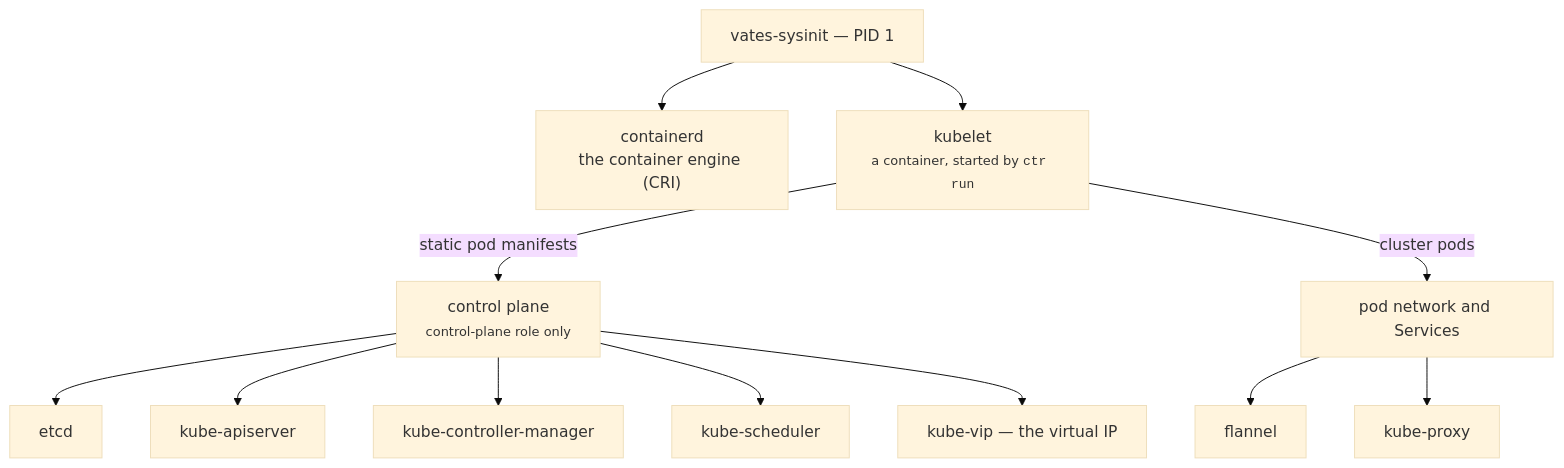
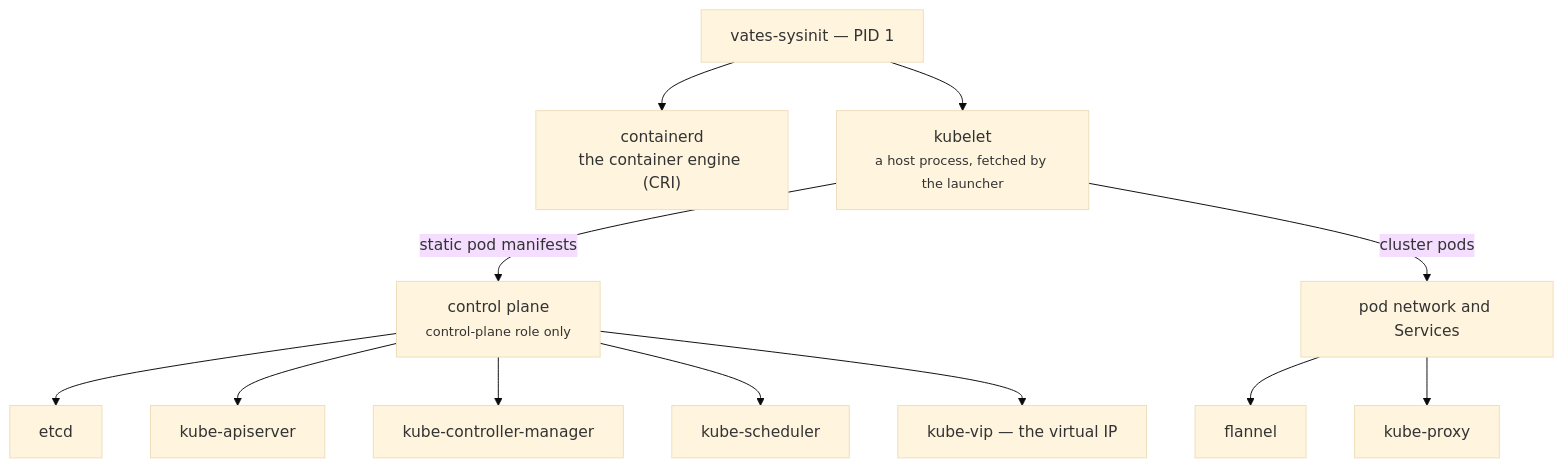
The second of 3 diagrams in docs/ARCHITECTURE.md (littlejo/vates-kube-os), drawn with Mermaid (base theme) before and after one commit. The commit also changed other lines of this file and 22 other files, not shown here.

First line of the commit message:
refactor(kubelet): run the kubelet as a host process

````diff
--- a/docs/ARCHITECTURE.md
+++ b/docs/ARCHITECTURE.md
@@ -51,19 +52,19 @@
 ```mermaid
 flowchart TD
     pid1["vates-sysinit — PID 1"]
 
     pid1 --> containerd["containerd<br/>the container engine (CRI)"]
-    pid1 --> kubelet["kubelet<br/><small>a container, started by <code>ctr run</code></small>"]
+    pid1 --> kubelet["kubelet<br/><small>a host process, fetched by the launcher</small>"]
 
     kubelet -->|"static pod manifests"| cp["control plane<br/><small>control-plane role only</small>"]
     kubelet -->|"cluster pods"| net["pod network and Services"]
 
     cp --> etcd["etcd"]
     cp --> api["kube-apiserver"]
     cp --> cm["kube-controller-manager"]
     cp --> sched["kube-scheduler"]
     cp --> vip["kube-vip — the virtual IP"]
 
     net --> flannel["flannel"]
     net --> kproxy["kube-proxy"]
 ```
````
